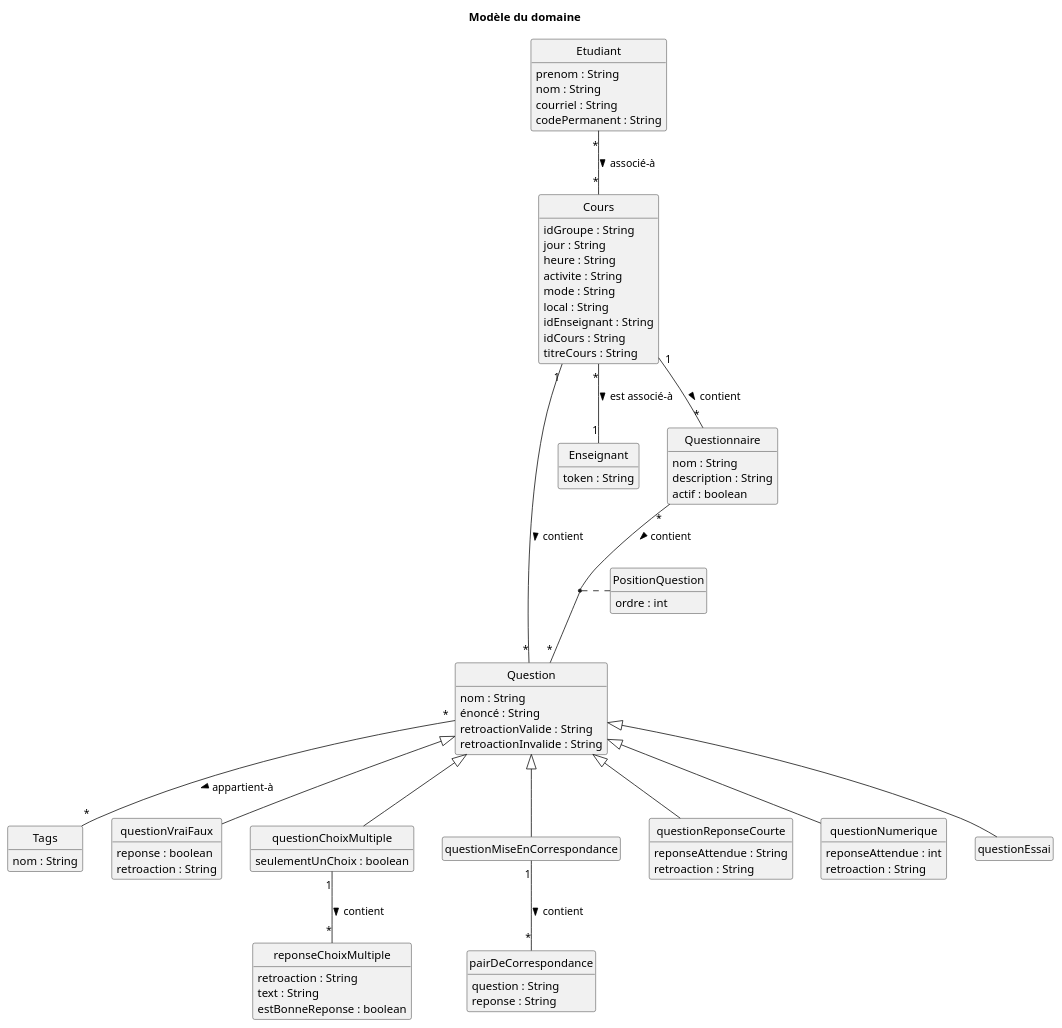
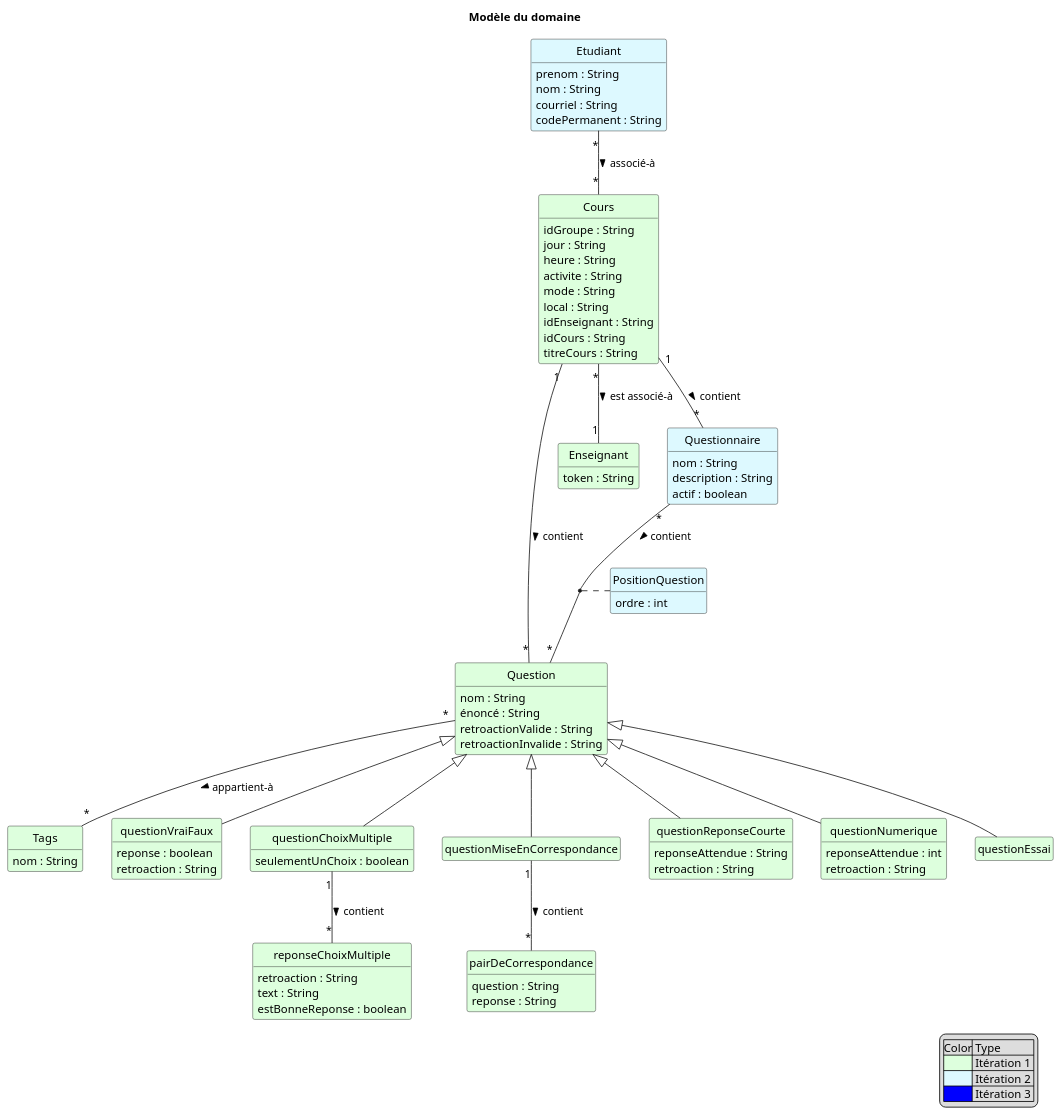
One commit to xMrYahya/moodle-clone changed the diagram in docs/modeles/mdd.puml. Above: the diagram before and after it, drawn with PlantUML. The commit also changed 4 other files, not shown here.

```diff
--- a/docs/modeles/mdd.puml
+++ b/docs/modeles/mdd.puml
@@ -1,102 +1,112 @@
 @startuml MDD_SGB_SGA
 skinparam style strictuml
 'skinparam backgroundcolor transparent
 hide methods
 hide empty members
 'left to right direction
 title Modèle du domaine
 
 skinparam class {
   BackgroundColor<< SGB >> #ddffdd
+  backgroundColor<<Itération 1>> #ddffdd
+  backgroundColor<<Itération 2>> #ddf9ff
+  backgroundColor<<Itération 3>> BLUE
 }
 hide stereotype
 
 
   ' Le concept de "Cours" dans SGA n'est pas un groupe-cours
-  class "Question" as question {
+  class "Question" as question <<Itération 1>> {
   nom : String
   énoncé : String
   ' reponse a la question
   retroactionValide : String
   retroactionInvalide : String
   }
-  class "Tags" as tags {
+  class "Tags" as tags <<Itération 1>>{
     nom : String
   }
-  class "questionVraiFaux" as qvf extends question {
+  class "questionVraiFaux" as qvf <<Itération 1>> extends question {
     reponse : boolean
     retroaction : String
   }
-  class "questionChoixMultiple" as qcm extends question {
+  class "questionChoixMultiple" as qcm <<Itération 1>> extends question {
     seulementUnChoix : boolean
   }
-  class "reponseChoixMultiple" as rcm {
+  class "reponseChoixMultiple" as rcm <<Itération 1>> {
     retroaction : String
     text : String
     estBonneReponse : boolean
   }
-  class "questionMiseEnCorrespondance" as qmc extends question {
+  class "questionMiseEnCorrespondance" as qmc <<Itération 1>> extends question {
     
   }
-  class "pairDeCorrespondance" as pdc {
+  class "pairDeCorrespondance" as pdc <<Itération 1>> {
     question : String
     reponse : String
   }
-  class "questionReponseCourte" as qrc extends question {
+  class "questionReponseCourte" as qrc <<Itération 1>> extends question  {
     reponseAttendue : String
     retroaction : String
   }
-  class "questionNumerique" as qn extends question {
+  class "questionNumerique" as qn <<Itération 1>> extends question  {
     reponseAttendue : int
     retroaction : String
   }
-  class "questionEssai" as qe extends question {
+  class "questionEssai" as qe <<Itération 1>> extends question  {
     
   }
-  class "Enseignant" as ens {
+  class "Enseignant" as ens <<Itération 1>> {
     token : String
   }
-  class "Cours" as cours {
+  class "Cours" as cours <<Itération 1>> {
     idGroupe : String
     jour : String
     heure : String
     activite : String
     mode : String
     local : String
     idEnseignant : String
     idCours : String
     titreCours : String
   }
-  class "Etudiant" as etudiant {
+  class "Etudiant" as etudiant <<Itération 2>>{
     prenom : String
     nom : String
     courriel : String
     codePermanent : String
   }
-  class "Questionnaire" as questionnaire {
+  class "Questionnaire" as questionnaire <<Itération 2>>{
     nom : String
     description : String
     actif : boolean
   }
-  class "PositionQuestion" as position {
+  class "PositionQuestion" as position <<Itération 2>>{
     ordre : int
   }
 
   etudiant "*" -- "*" cours : associé-à >
   cours "1" -- "*" question :contient >
   cours "*" -- "1" ens : est associé-à >
   question "*" -- "*" tags : appartient-à >
   qcm "1" -- "*" rcm : contient >
   qmc "1" -- "*" pdc : contient >
   cours "1" -- "*" questionnaire : contient >
   questionnaire "*" -- "*" question : contient >
   (questionnaire,question) .. position
 
+legend right
+    |Color| Type |
+    |<#ddffdd>| Itération 1 |
+    |<#ddf9ff>| Itération 2 |
+    |<#0000FF>| Itération 3 |
+endlegend
+
 
   'Selon le CU08 
   'class "ReponseQuestionnaire" as reponseQuestionnaire {
 
   '}
   'etudiant "*" -- "*" questionnaire : répond-à >
   '(etudiant,questionnaire) .. reponseQuestionnaire
 @enduml
```
